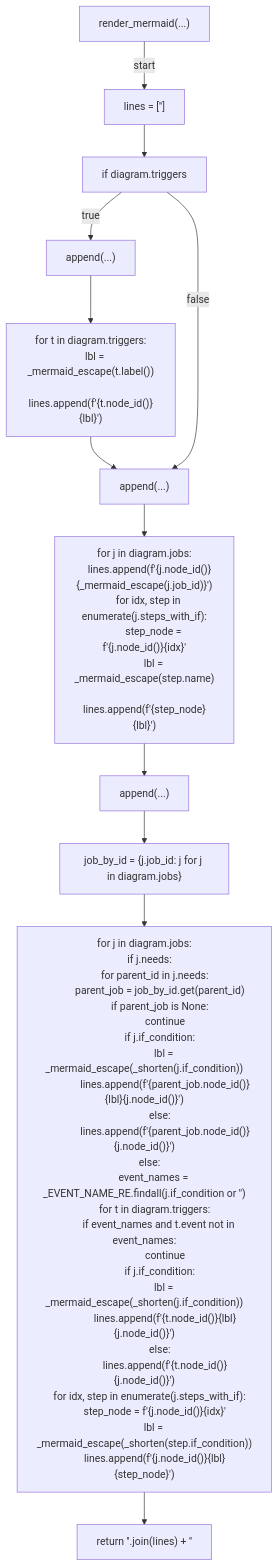
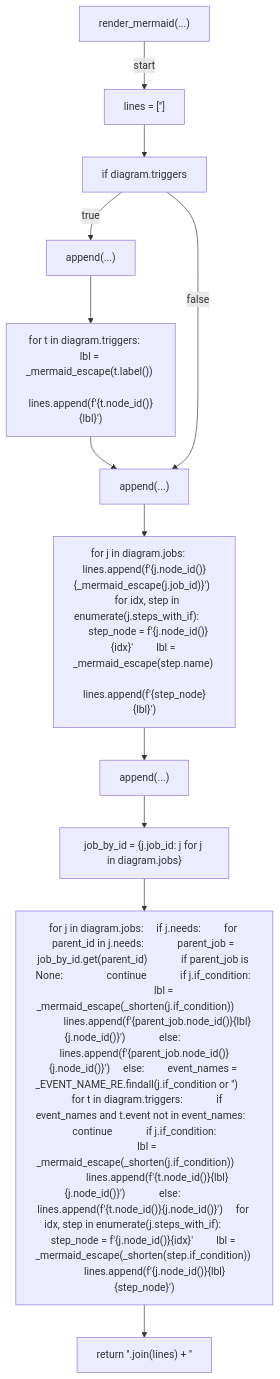
The seventh of 12 diagrams in docs/generated/scripts/ast/workflow_diagram.md (tvna/claude-md), drawn with Mermaid before and after one commit. The commit also changed other lines of this file and 15 other files, not shown here.

First line of the commit message:
docs(generated): regenerate decision tree and workflow diagrams (batch 5/5)

````diff
--- a/docs/generated/scripts/ast/workflow_diagram.md
+++ b/docs/generated/scripts/ast/workflow_diagram.md
@@ -125,56 +99,25 @@
 ```mermaid
 flowchart TD
     N001["render_mermaid(...)"]
     N002["lines = ['<str>']"]
     N003["if diagram.triggers"]
     N004["append(...)"]
-    N005["for t in diagram.triggers:
-    lbl = _mermaid_escape(t.label())
-    lines.append(f'<str>{t.node_id()}<str>{lbl}<str>')"]
+    N005["for t in diagram.triggers:     lbl = _mermaid_escape(t.label())     lines.append(f'<str>{t.node_id()}<str>{lbl}<str>')"]
     N006["append(...)"]
-    N007["for j in diagram.jobs:
-    lines.append(f'<str>{j.node_id()}<str>{_mermaid_escape(j.job_id)}<str>')
-    for idx, step in enumerate(j.steps_with_if):
-        step_node = f'<str>{j.node_id()}<str>{idx}'
-        lbl = _mermaid_escape(step.name)
-        lines.append(f'<str>{step_node}<str>{lbl}<str>')"]
+    N007["for j in diagram.jobs:     lines.append(f'<str>{j.node_id()}<str>{_mermaid_escape(j.job_id)}<str>')     for idx, step in enumerate(j.steps_with_if):         step_node = f'<str>{j.node_id()}<str>{idx}'         lbl = _mermaid_escape(step.name)         lines.append(f'<str>{step_node}<str>{lbl}<str>')"]
     N008["append(...)"]
     N009["job_by_id = {j.job_id: j for j in diagram.jobs}"]
-    N010["for j in diagram.jobs:
-    if j.needs:
-        for parent_id in j.needs:
-            parent_job = job_by_id.get(parent_id)
-            if parent_job is None:
-                continue
-            if j.if_condition:
-                lbl = _mermaid_escape(_shorten(j.if_condition))
-                lines.append(f'<str>{parent_job.node_id()}<str>{lbl}<str>{j.node_id()}')
-            else:
-                lines.append(f'<str>{parent_job.node_id()}<str>{j.node_id()}')
-    else:
-        event_names = _EVENT_NAME_RE.findall(j.if_condition or '<str>')
-        for t in diagram.triggers:
-            if event_names and t.event not in event_names:
-                continue
-            if j.if_condition:
-                lbl = _mermaid_escape(_shorten(j.if_condition))
-                lines.append(f'<str>{t.node_id()}<str>{lbl}<str>{j.node_id()}')
-            else:
-                lines.append(f'<str>{t.node_id()}<str>{j.node_id()}')
-    for idx, step in enumerate(j.steps_with_if):
-        step_node = f'<str>{j.node_id()}<str>{idx}'
-        lbl = _mermaid_escape(_shorten(step.if_condition))
-        lines.append(f'<str>{j.node_id()}<str>{lbl}<str>{step_node}')"]
+    N010["for j in diagram.jobs:     if j.needs:         for parent_id in j.needs:             parent_job = job_by_id.get(parent_id)             if parent_job is None:                 continue             if j.if_condition:                 lbl = _mermaid_escape(_shorten(j.if_condition))                 lines.append(f'<str>{parent_job.node_id()}<str>{lbl}<str>{j.node_id()}')             else:                 lines.append(f'<str>{parent_job.node_id()}<str>{j.node_id()}')     else:         event_names = _EVENT_NAME_RE.findall(j.if_condition or '<str>')         for t in diagram.triggers:             if event_names and t.event not in event_names:                 continue             if j.if_condition:                 lbl = _mermaid_escape(_shorten(j.if_condition))                 lines.append(f'<str>{t.node_id()}<str>{lbl}<str>{j.node_id()}')             else:                 lines.append(f'<str>{t.node_id()}<str>{j.node_id()}')     for idx, step in enumerate(j.steps_with_if):         step_node = f'<str>{j.node_id()}<str>{idx}'         lbl = _mermaid_escape(_shorten(step.if_condition))         lines.append(f'<str>{j.node_id()}<str>{lbl}<str>{step_node}')"]
     N011["return '<str>'.join(lines) + '<str>'"]
     N001 -->|"start"| N002
     N002 --> N003
     N003 -->|"true"| N004
     N004 --> N005
     N005 --> N006
     N003 -->|"false"| N006
     N006 --> N007
     N007 --> N008
     N008 --> N009
     N009 --> N010
     N010 --> N011
 ```
````
